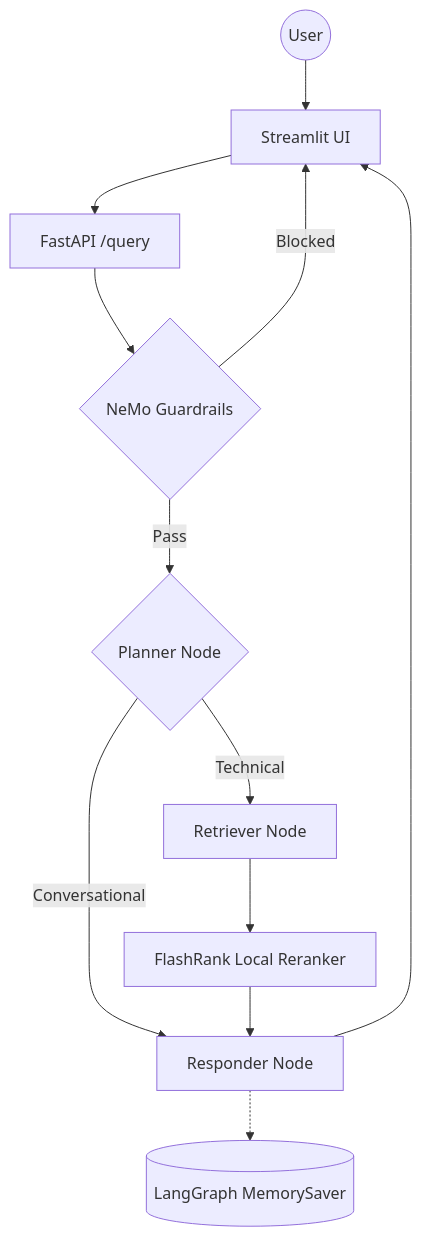
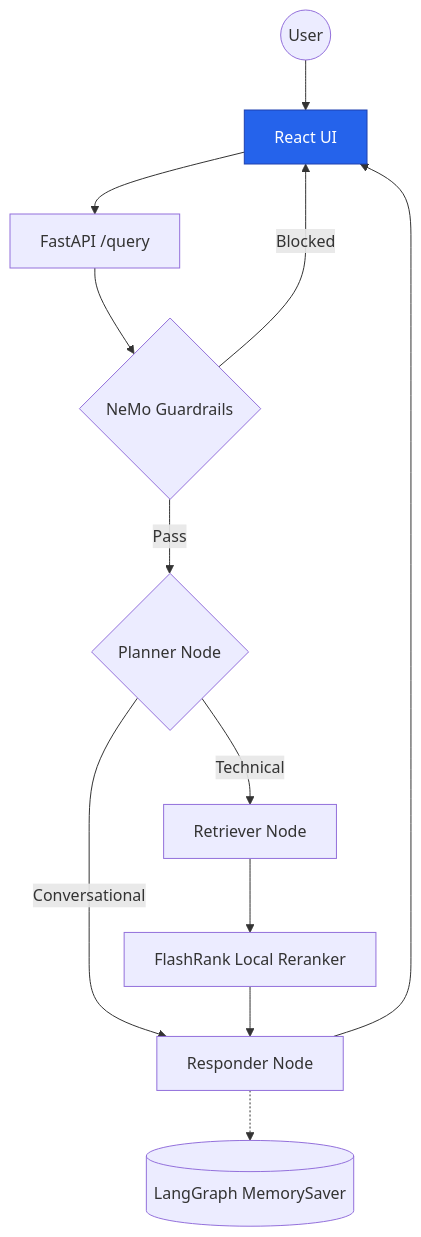
The diagram in README.md (maheshnallada/KubeAegis), drawn with Mermaid before and after one commit. The commit also changed other lines of this file and 44 other files, not shown here.

````diff
--- a/README.md
+++ b/README.md
@@ -20,14 +20,17 @@
 ```mermaid
 graph TD
-    User((User)) --> UI[Streamlit UI]
+    User((User)) --> UI[React UI]
     UI --> API[FastAPI /query]
     API --> Guard{NeMo Guardrails}
     Guard -->|Blocked| UI
     Guard -->|Pass| Planner{Planner Node}
     Planner -->|Conversational| Responder[Responder Node]
     Planner -->|Technical| Retriever[Retriever Node]
     Retriever --> Reranker[FlashRank Local Reranker]
     Reranker --> Responder
     Responder --> UI
+
+    classDef ui fill:#2563EB,stroke:#1E40AF,color:#fff
+    class UI ui
     Responder -.-> Memory[(LangGraph MemorySaver)]
 ```
````
